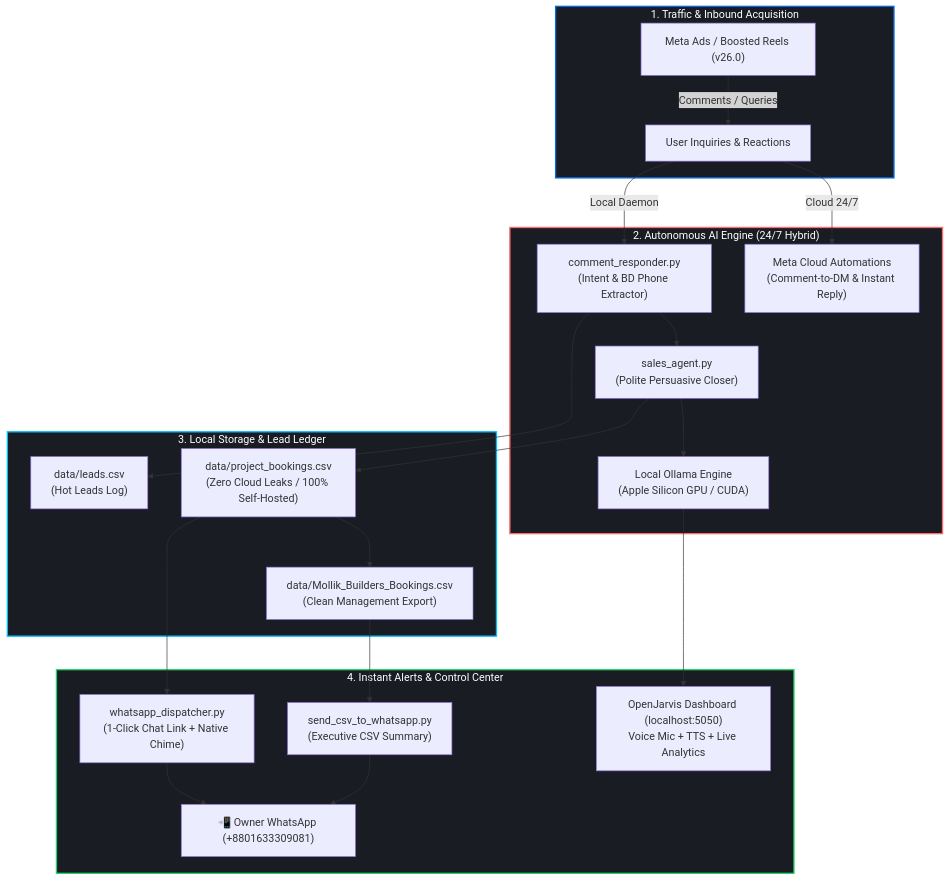
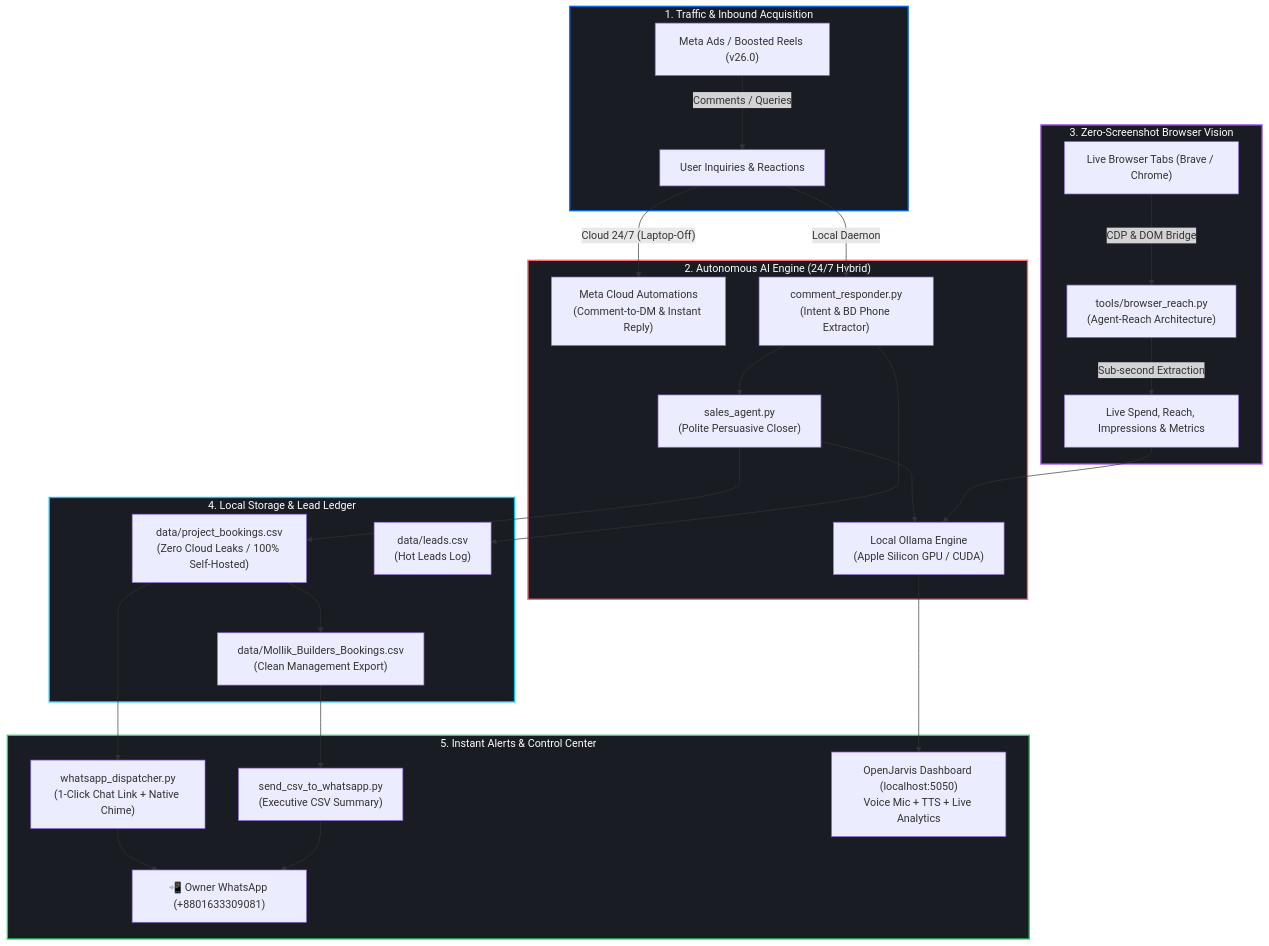
The diagram in README.md (fsferdows/OpenJarvis-Marketing-AI), drawn with Mermaid before and after one commit. The commit also changed other lines of this file, not shown here.

First line of the commit message:
docs: Upgrade README with Agent-Reach zero-screenshot vision & full developer portfolio

````diff
--- a/README.md
+++ b/README.md
@@ -43,32 +46,39 @@
 ```mermaid
 flowchart TD
     subgraph Traffic ["1. Traffic & Inbound Acquisition"]
         A["Meta Ads / Boosted Reels (v26.0)"] -->|"Comments / Queries"| B["User Inquiries & Reactions"]
     end
 
     subgraph AutonomousCore ["2. Autonomous AI Engine (24/7 Hybrid)"]
-        B -->|"Cloud 24/7"| C["Meta Cloud Automations\n(Comment-to-DM & Instant Reply)"]
+        B -->|"Cloud 24/7 (Laptop-Off)"| C["Meta Cloud Automations\n(Comment-to-DM & Instant Reply)"]
         B -->|"Local Daemon"| D["comment_responder.py\n(Intent & BD Phone Extractor)"]
         D --> E["sales_agent.py\n(Polite Persuasive Closer)"]
         E --> F["Local Ollama Engine\n(Apple Silicon GPU / CUDA)"]
     end
 
-    subgraph DataEngine ["3. Local Storage & Lead Ledger"]
-        E --> G["data/project_bookings.csv\n(Zero Cloud Leaks / 100% Self-Hosted)"]
-        D --> H["data/leads.csv\n(Hot Leads Log)"]
-        G --> I["data/Mollik_Builders_Bookings.csv\n(Clean Management Export)"]
+    subgraph VisionEngine ["3. Zero-Screenshot Browser Vision"]
+        G["Live Browser Tabs (Brave / Chrome)"] -->|"CDP & DOM Bridge"| H["tools/browser_reach.py\n(Agent-Reach Architecture)"]
+        H -->|"Sub-second Extraction"| I["Live Spend, Reach, Impressions & Metrics"]
+        I --> F
     end
 
-    subgraph Notification ["4. Instant Alerts & Control Center"]
-        G --> J["whatsapp_dispatcher.py\n(1-Click Chat Link + Native Chime)"]
-        I --> K["send_csv_to_whatsapp.py\n(Executive CSV Summary)"]
-        J --> L["📲 Owner WhatsApp (+8801633309081)"]
-        K --> L
-        F --> M["OpenJarvis Dashboard (localhost:5050)\nVoice Mic + TTS + Live Analytics"]
+    subgraph DataEngine ["4. Local Storage & Lead Ledger"]
+        E --> J["data/project_bookings.csv\n(Zero Cloud Leaks / 100% Self-Hosted)"]
+        D --> K["data/leads.csv\n(Hot Leads Log)"]
+        J --> L["data/Mollik_Builders_Bookings.csv\n(Clean Management Export)"]
+    end
+
+    subgraph Notification ["5. Instant Alerts & Control Center"]
+        J --> M["whatsapp_dispatcher.py\n(1-Click Chat Link + Native Chime)"]
+        L --> N["send_csv_to_whatsapp.py\n(Executive CSV Summary)"]
+        M --> O["📲 Owner WhatsApp (+8801633309081)"]
+        N --> O
+        F --> P["OpenJarvis Dashboard (localhost:5050)\nVoice Mic + TTS + Live Analytics"]
     end
 
     style Traffic fill:#1a1c23,stroke:#0668E1,stroke-width:2px,color:#fff
     style AutonomousCore fill:#1a1c23,stroke:#FF6B6B,stroke-width:2px,color:#fff
+    style VisionEngine fill:#1a1c23,stroke:#9B51E0,stroke-width:2px,color:#fff
     style DataEngine fill:#1a1c23,stroke:#00BFFF,stroke-width:2px,color:#fff
     style Notification fill:#1a1c23,stroke:#25D366,stroke-width:2px,color:#fff
 ```
````
